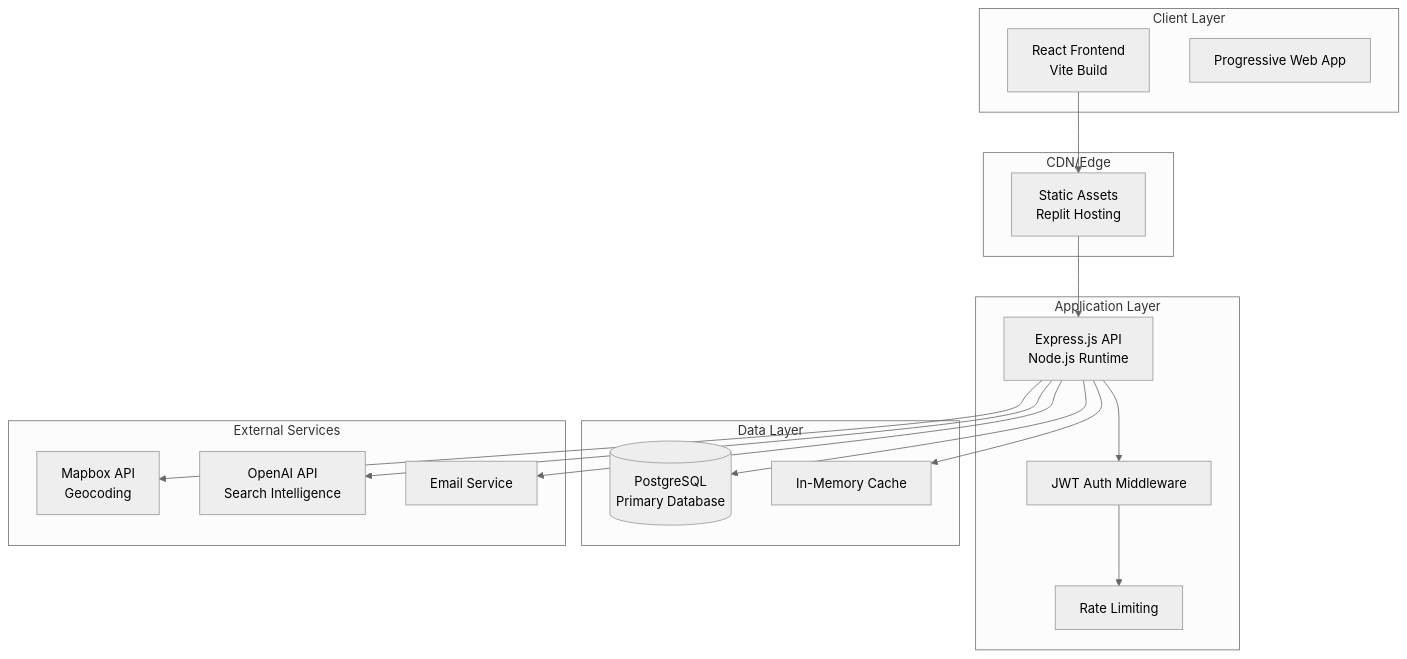
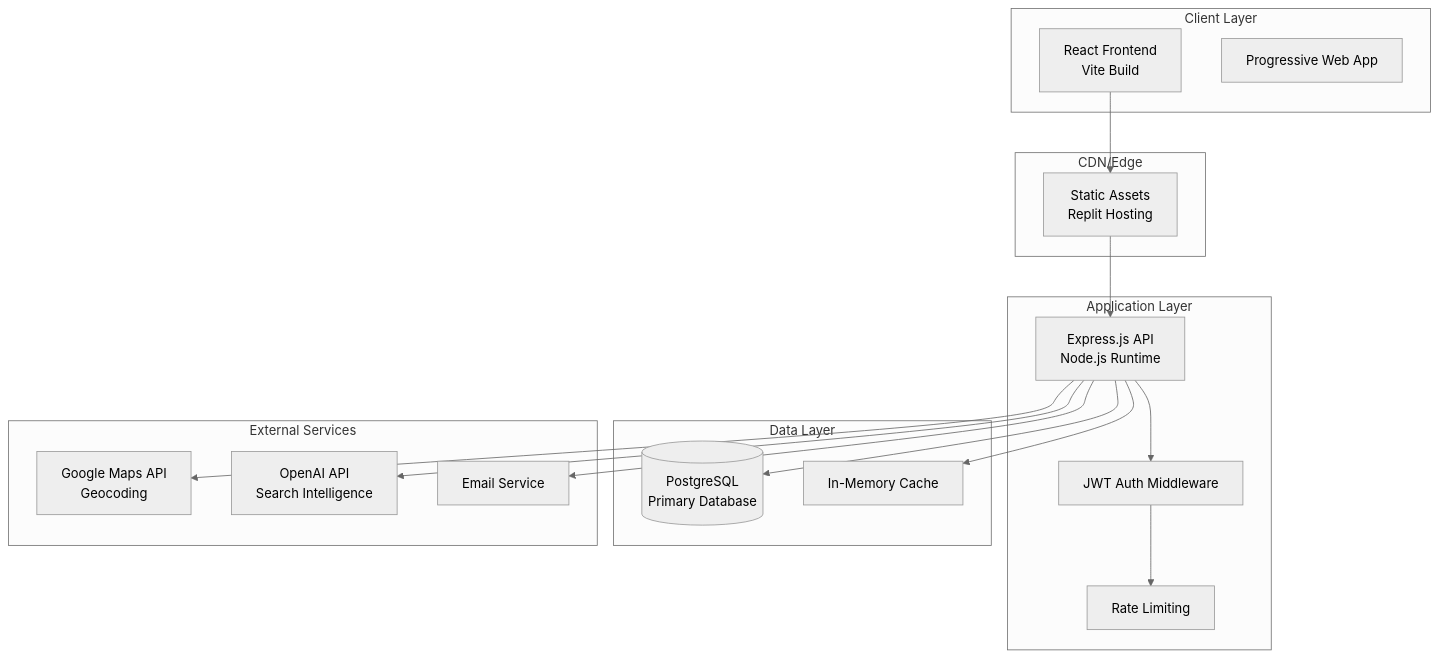
Before and after one commit to cbadabili/Real_Estate_App: the diagram in docs/architecture.md, drawn with Mermaid (neutral theme). The commit also changed 10 other files, not shown here.

````diff
--- a/docs/architecture.md
+++ b/docs/architecture.md
@@ -9,38 +9,38 @@
 ```mermaid
 graph TB
     subgraph "Client Layer"
         UI[React Frontend<br/>Vite Build]
         PWA[Progressive Web App]
     end
     
     subgraph "CDN/Edge"
         CF[Static Assets<br/>Replit Hosting]
     end
     
     subgraph "Application Layer"
         API[Express.js API<br/>Node.js Runtime]
         AUTH[JWT Auth Middleware]
         RATE[Rate Limiting]
     end
     
     subgraph "Data Layer"
         PG[(PostgreSQL<br/>Primary Database)]
         CACHE[In-Memory Cache]
     end
     
     subgraph "External Services"
-        MAPS[Mapbox API<br/>Geocoding]
+        MAPS[Google Maps API<br/>Geocoding]
         AI[OpenAI API<br/>Search Intelligence]
         EMAIL[Email Service]
     end
     
     UI --> CF
     CF --> API
     API --> AUTH
     AUTH --> RATE
     API --> PG
     API --> CACHE
     API --> MAPS
     API --> AI
     API --> EMAIL
 ```
````
